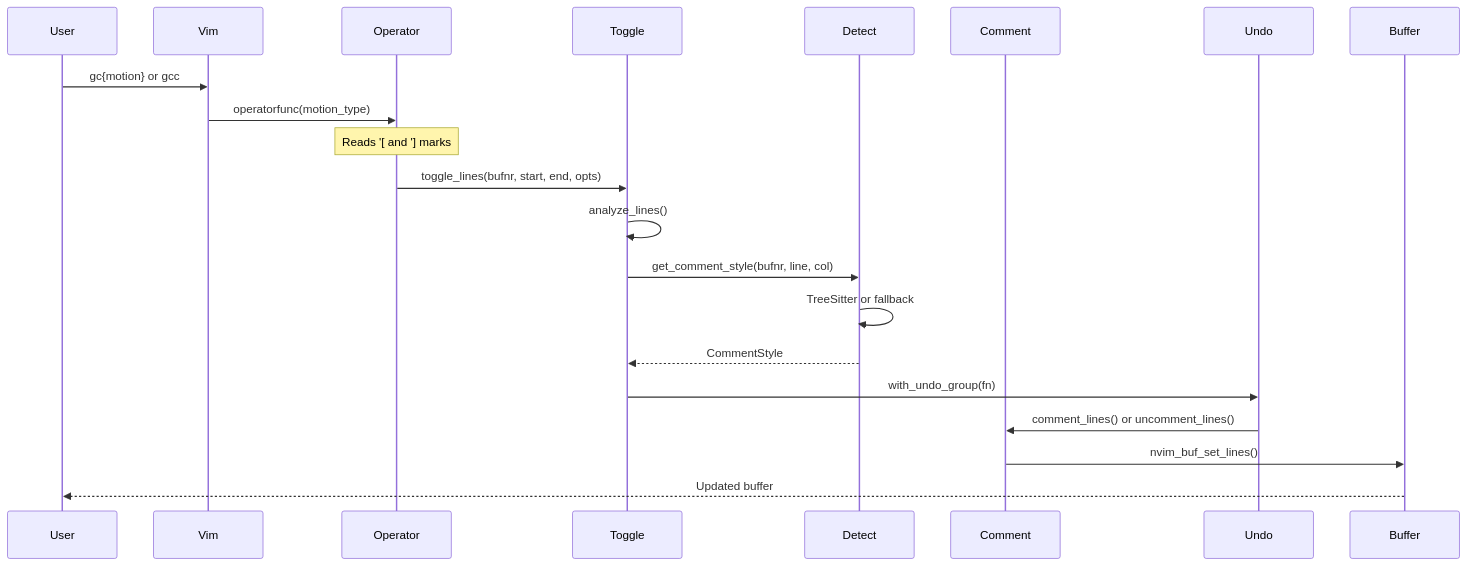
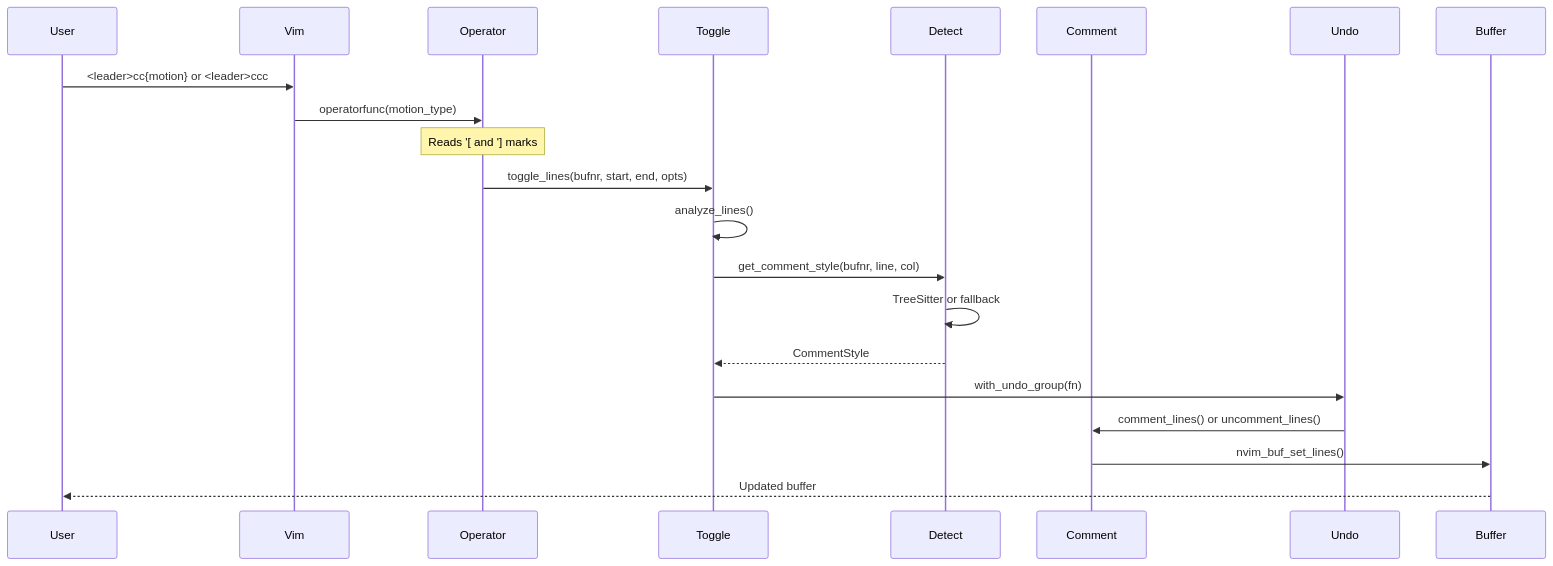
The fifth of 5 diagrams in docs/architecture.md (josstei/quill.nvim), drawn with Mermaid before and after one commit. The commit also changed other lines of this file and 10 other files, not shown here.

Commit message:
revert default gc operator and restore leader motion toggles

````diff
--- a/docs/architecture.md
+++ b/docs/architecture.md
@@ -453,24 +453,24 @@
 ```mermaid
 sequenceDiagram
     participant User
     participant Vim
     participant Operator
     participant Toggle
     participant Detect
     participant Comment
     participant Undo
     participant Buffer
 
-    User->>Vim: gc{motion} or gcc
+    User->>Vim: <leader>cc{motion} or <leader>ccc
     Vim->>Operator: operatorfunc(motion_type)
     Note over Operator: Reads '[ and '] marks
     Operator->>Toggle: toggle_lines(bufnr, start, end, opts)
     Toggle->>Toggle: analyze_lines()
     Toggle->>Detect: get_comment_style(bufnr, line, col)
     Detect->>Detect: TreeSitter or fallback
     Detect-->>Toggle: CommentStyle
     Toggle->>Undo: with_undo_group(fn)
     Undo->>Comment: comment_lines() or uncomment_lines()
     Comment->>Buffer: nvim_buf_set_lines()
     Buffer-->>User: Updated buffer
 ```
````
